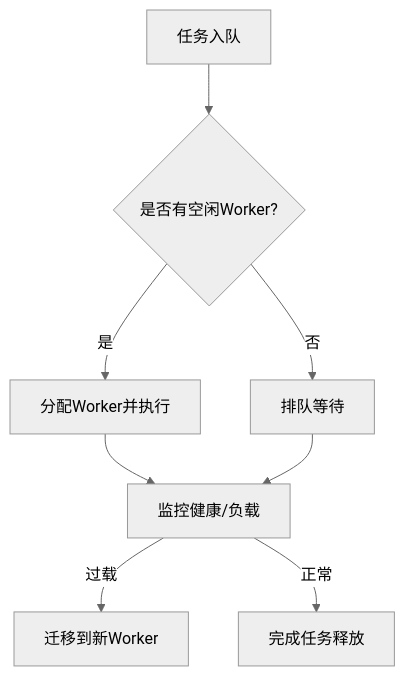
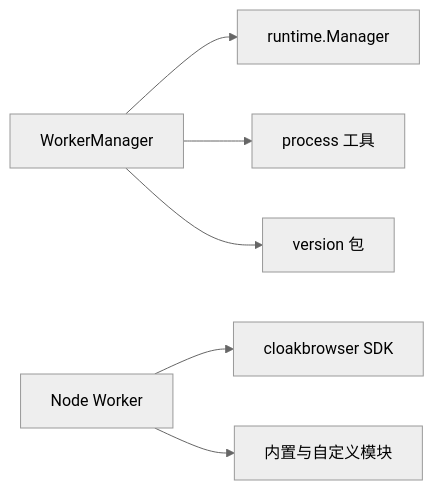
The fifth of 6 diagrams in .qoder/repowiki/zh/content/本地执行器/浏览器自动化/Worker进程管理.md (alvinwangzi/goodhr), drawn with Mermaid (neutral theme) before and after one commit. The commit also changed other lines of this file and 149 other files, not shown here.

````diff
--- a/.qoder/repowiki/zh/content/本地执行器/浏览器自动化/Worker进程管理.md
+++ b/.qoder/repowiki/zh/content/本地执行器/浏览器自动化/Worker进程管理.md
@@ -233,10 +218,8 @@
 ```mermaid
-flowchart TD
-Q["任务入队"] --> S{"是否有空闲Worker?"}
-S --> |是| Assign["分配Worker并执行"]
-S --> |否| Queue["排队等待"]
-Assign --> Monitor["监控健康/负载"]
-Monitor --> |过载| Rebalance["迁移到新Worker"]
-Monitor --> |正常| Finish["完成任务释放"]
-Queue --> Monitor
+graph LR
+Manager["WorkerManager"] --> Runtime["runtime.Manager"]
+Manager --> Process["process 工具"]
+Manager --> Version["version 包"]
+NodeWorker["Node Worker"] --> CloakBrowser["cloakbrowser SDK"]
+NodeWorker --> Modules["内置与自定义模块"]
 ```
````
